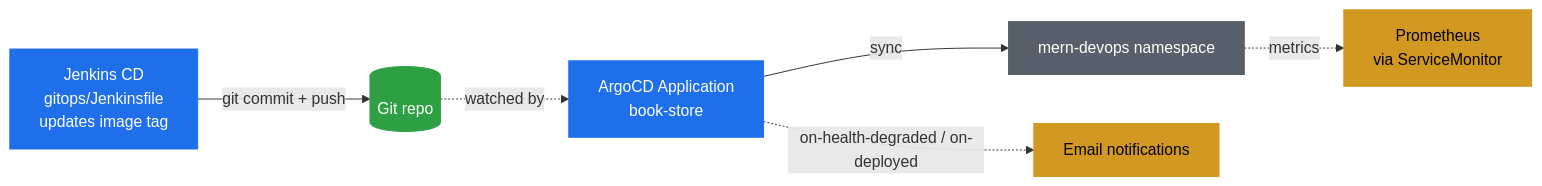
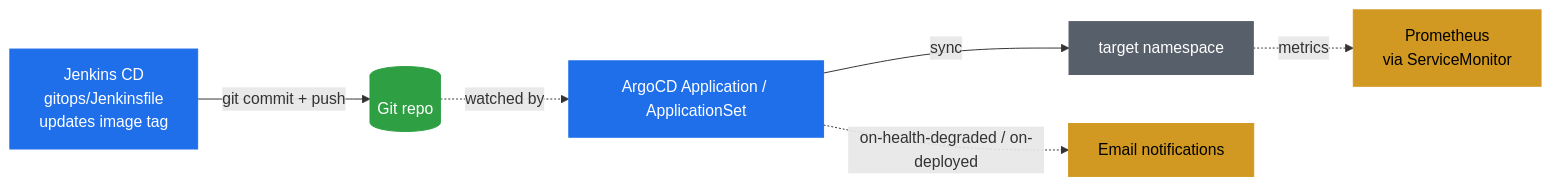
Before and after one commit to atkaridarshan04/cloudnative-devops-blueprint: the first of 2 diagrams in docs/ArgoCD.md, drawn with Mermaid. The commit also changed other lines of this file and 5 other files, not shown here.

First line of the commit message:
feat(argocd): add ApplicationSet for the multi-env Helm chart

````diff
--- a/docs/ArgoCD.md
+++ b/docs/ArgoCD.md
@@ -16,18 +16,18 @@
 ```mermaid
 flowchart LR
     CD[Jenkins CD<br/>gitops/Jenkinsfile<br/>updates image tag] -->|git commit + push| Git[(Git repo)]
-    Git -.->|watched by| App[ArgoCD Application<br/>book-store]
-    App -->|sync| Cluster[mern-devops namespace]
+    Git -.->|watched by| App[ArgoCD Application / ApplicationSet]
+    App -->|sync| Cluster[target namespace]
     App -.->|on-health-degraded / on-deployed| Notify[Email notifications]
     Cluster -.->|metrics| Prom[Prometheus<br/>via ServiceMonitor]
 
     classDef controller fill:#1f6feb,color:#fff,stroke:#1f6feb
     classDef store fill:#2ea043,color:#fff,stroke:#2ea043
     classDef workload fill:#57606a,color:#fff,stroke:#57606a
     classDef observability fill:#d29922,color:#000,stroke:#d29922
 
     class CD,App controller
     class Git store
     class Cluster workload
     class Notify,Prom observability
 ```
````
